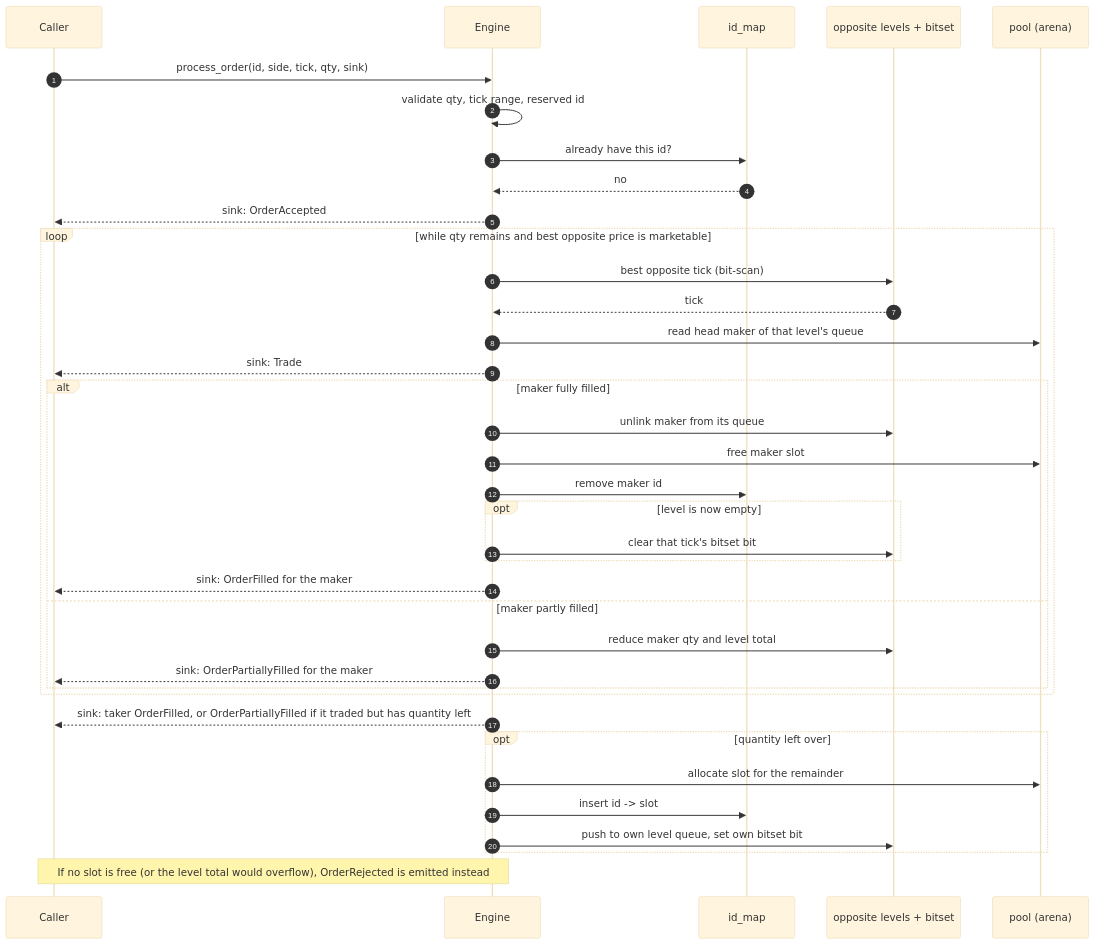
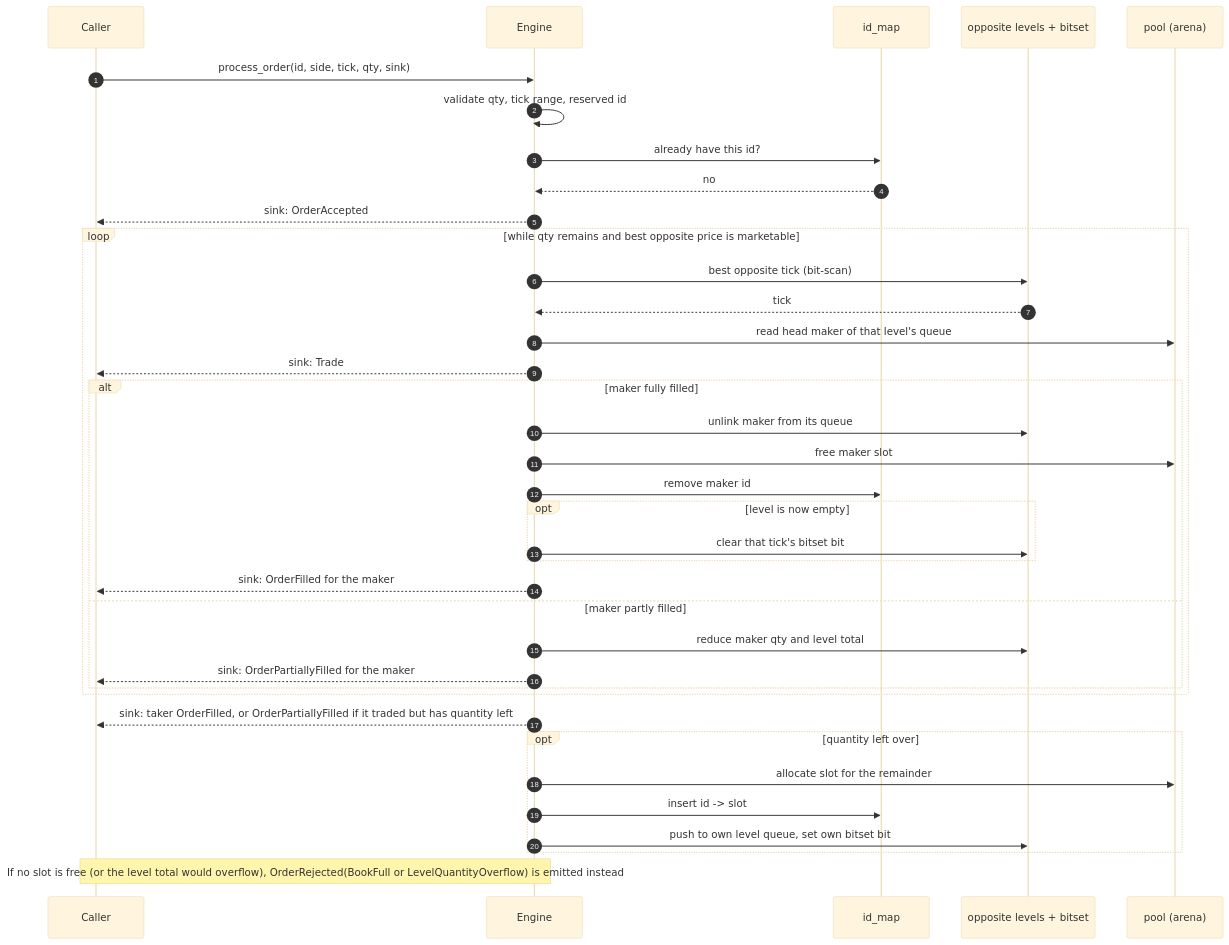
The second of 3 diagrams in docs/02-architecture.md (daohainam/rust-matching-engine), drawn with Mermaid (base theme) before and after one commit.

Commit message:
docs(ch02): name the reject reasons in the order-flow diagram

````diff
--- a/docs/02-architecture.md
+++ b/docs/02-architecture.md
@@ -132,40 +132,40 @@
 ```mermaid
 sequenceDiagram
     autonumber
     participant C as Caller
     participant E as Engine
     participant M as id_map
     participant L as opposite levels + bitset
     participant P as pool (arena)
 
     C->>E: process_order(id, side, tick, qty, sink)
     E->>E: validate qty, tick range, reserved id
     E->>M: already have this id?
     M-->>E: no
     E-->>C: sink: OrderAccepted
     loop while qty remains and best opposite price is marketable
         E->>L: best opposite tick (bit-scan)
         L-->>E: tick
         E->>P: read head maker of that level's queue
         E-->>C: sink: Trade
         alt maker fully filled
             E->>L: unlink maker from its queue
             E->>P: free maker slot
             E->>M: remove maker id
             opt level is now empty
                 E->>L: clear that tick's bitset bit
             end
             E-->>C: sink: OrderFilled for the maker
         else maker partly filled
             E->>L: reduce maker qty and level total
             E-->>C: sink: OrderPartiallyFilled for the maker
         end
     end
     E-->>C: sink: taker OrderFilled, or OrderPartiallyFilled if it traded but has quantity left
     opt quantity left over
         E->>P: allocate slot for the remainder
         E->>M: insert id -> slot
         E->>L: push to own level queue, set own bitset bit
     end
-    Note over E,C: If no slot is free (or the level total would overflow), OrderRejected is emitted instead
+    Note over E,C: If no slot is free (or the level total would overflow), OrderRejected(BookFull or LevelQuantityOverflow) is emitted instead
 ```
````
